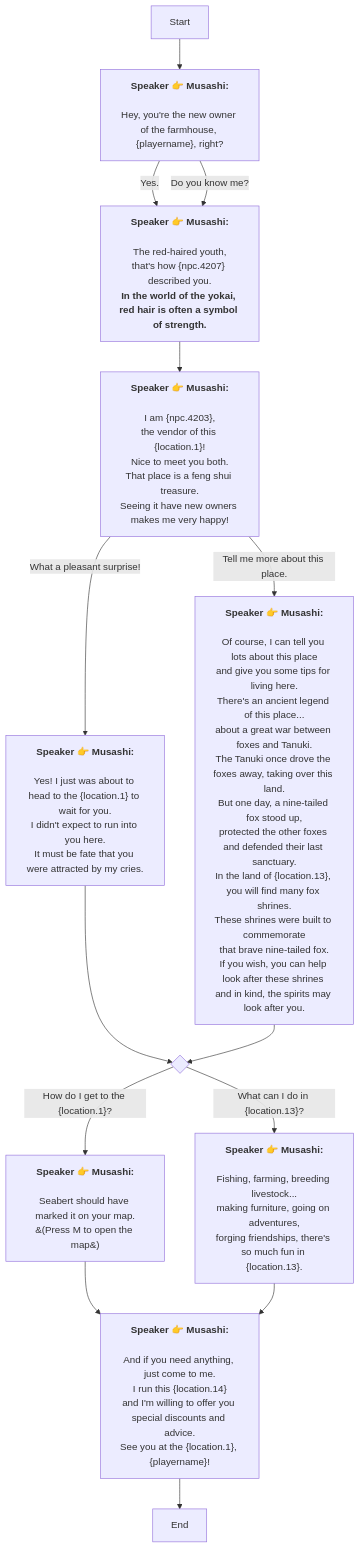
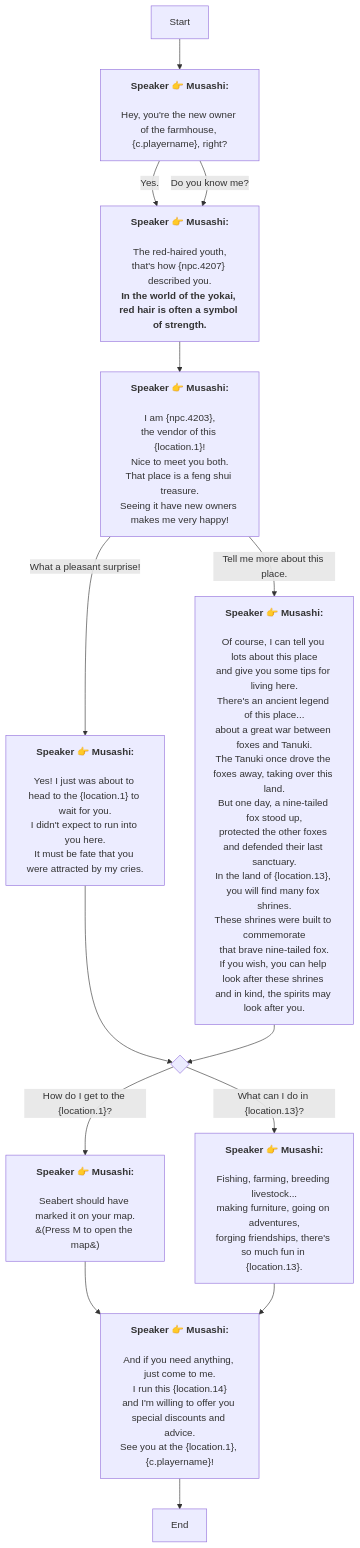
Before and after one commit to SoftHu/tos_avg: the diagram in En/AddDialogNode_1738912268757183.md, drawn with Mermaid. The commit also changed 410 other files, not shown here.

````diff
--- a/En/AddDialogNode_1738912268757183.md
+++ b/En/AddDialogNode_1738912268757183.md
@@ -1,51 +1,51 @@
 ```mermaid
 graph
 Start -->1738912725988551[<b>Speaker 👉 Musashi:</b>
-\nHey, you're the new owner of the farmhouse, &lbrace;playername&rbrace;, right?]
+\nHey, you're the new owner of the farmhouse, &lbrace;c.playername&rbrace;, right?]
 1738912725988551 -->|Yes.|1738977842280613[<b>Speaker 👉 Musashi:</b>
 \nThe red-haired youth,
 that's how &lbrace;npc.4207&rbrace; described you.
 <b>In the world of the yokai, red hair is often a symbol of strength.</b>]
 1738912725988551 -->|Do you know me?|1738977842280613[<b>Speaker 👉 Musashi:</b>
 \nThe red-haired youth,
 that's how &lbrace;npc.4207&rbrace; described you.
 <b>In the world of the yokai, red hair is often a symbol of strength.</b>]
 1738977842280613 -->1740664161411315[<b>Speaker 👉 Musashi:</b>
 \nI am &lbrace;npc.4203&rbrace;,
 the vendor of this &lbrace;location.1&rbrace;!
 Nice to meet you both.\nThat place is a feng shui treasure.
 Seeing it have new owners makes me very happy!]
 434744559668522 -->|How do I get to the &lbrace;location.1&rbrace;?|1738979190730931[<b>Speaker 👉 Musashi:</b>
 \nSeabert should have marked it on your map.
 &#40;Press M to open the map&#41;]
 434744559668522 -->|What can I do in &lbrace;location.13&rbrace;?|1738979238631604[<b>Speaker 👉 Musashi:</b>
 \nFishing, farming, breeding livestock...
 making furniture, going on adventures,
 forging friendships, there's so much fun in &lbrace;location.13&rbrace;.]
 1740664161411315 -->|What a pleasant surprise!|1738978238674091[<b>Speaker 👉 Musashi:</b>
 \nYes! I just was about to head to the &lbrace;location.1&rbrace; to wait for you.
 I didn't expect to run into you here.
 It must be fate that you were attracted by my cries.]
 1740664161411315 -->|Tell me more about this place.|1738978401349804[<b>Speaker 👉 Musashi:</b>
 \nOf course, I can tell you lots about this place
 and give you some tips for living here.\nThere's an ancient legend of this place...
 about a great war between foxes and Tanuki.
 The Tanuki once drove the foxes away, taking over this land.\nBut one day, a nine-tailed fox stood up,
 protected the other foxes and defended their last 
 sanctuary.\nIn the land of &lbrace;location.13&rbrace;, you will find many fox shrines.
 These shrines were built to commemorate
 that brave nine-tailed fox.\nIf you wish, you can help look after these shrines 
 and in kind, the spirits may look after you.]
 1738978238674091 -->434744559668522{ }
 1738979190730931 -->1738979147702450[<b>Speaker 👉 Musashi:</b>
 \nAnd if you need anything, just come to me.
 I run this &lbrace;location.14&rbrace;
-and I'm willing to offer you special discounts and advice.\nSee you at the &lbrace;location.1&rbrace;, &lbrace;playername&rbrace;!]
+and I'm willing to offer you special discounts and advice.\nSee you at the &lbrace;location.1&rbrace;, &lbrace;c.playername&rbrace;!]
 1738979147702450 -->1738912730366152[End]
 1738979238631604 -->1738979147702450[<b>Speaker 👉 Musashi:</b>
 \nAnd if you need anything, just come to me.
 I run this &lbrace;location.14&rbrace;
-and I'm willing to offer you special discounts and advice.\nSee you at the &lbrace;location.1&rbrace;, &lbrace;playername&rbrace;!]
+and I'm willing to offer you special discounts and advice.\nSee you at the &lbrace;location.1&rbrace;, &lbrace;c.playername&rbrace;!]
 1738978401349804 -->434744559668522{ }
 
 ```
````
